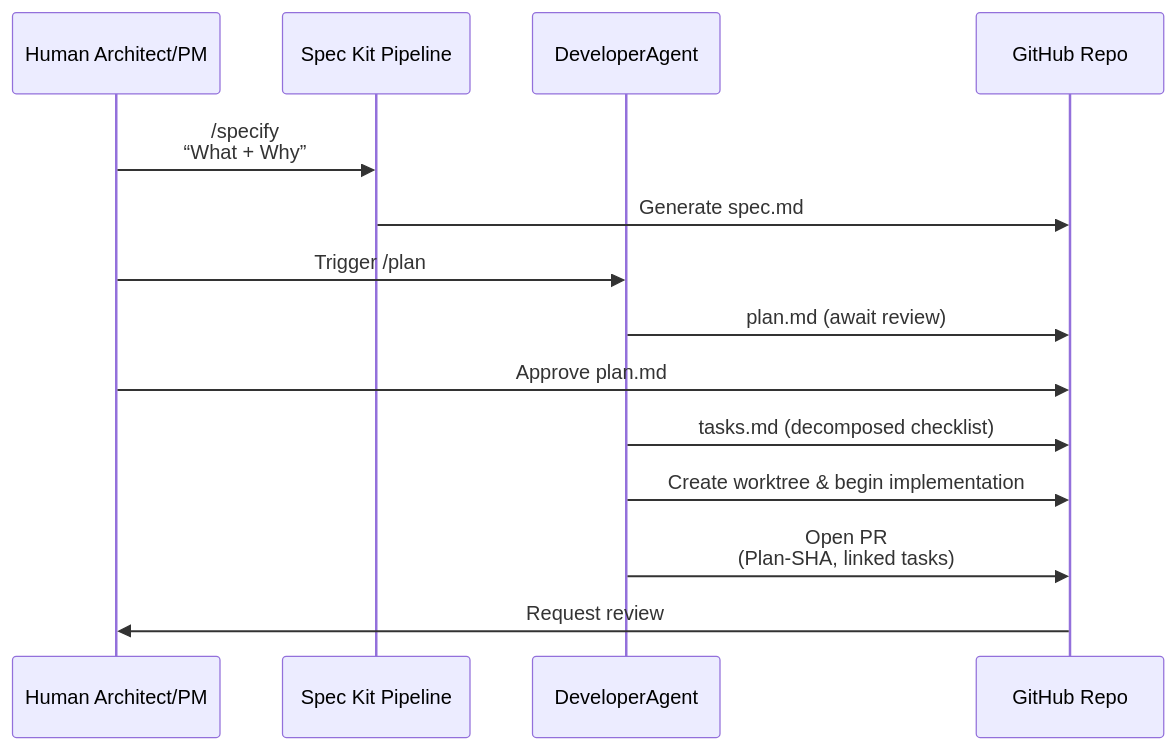
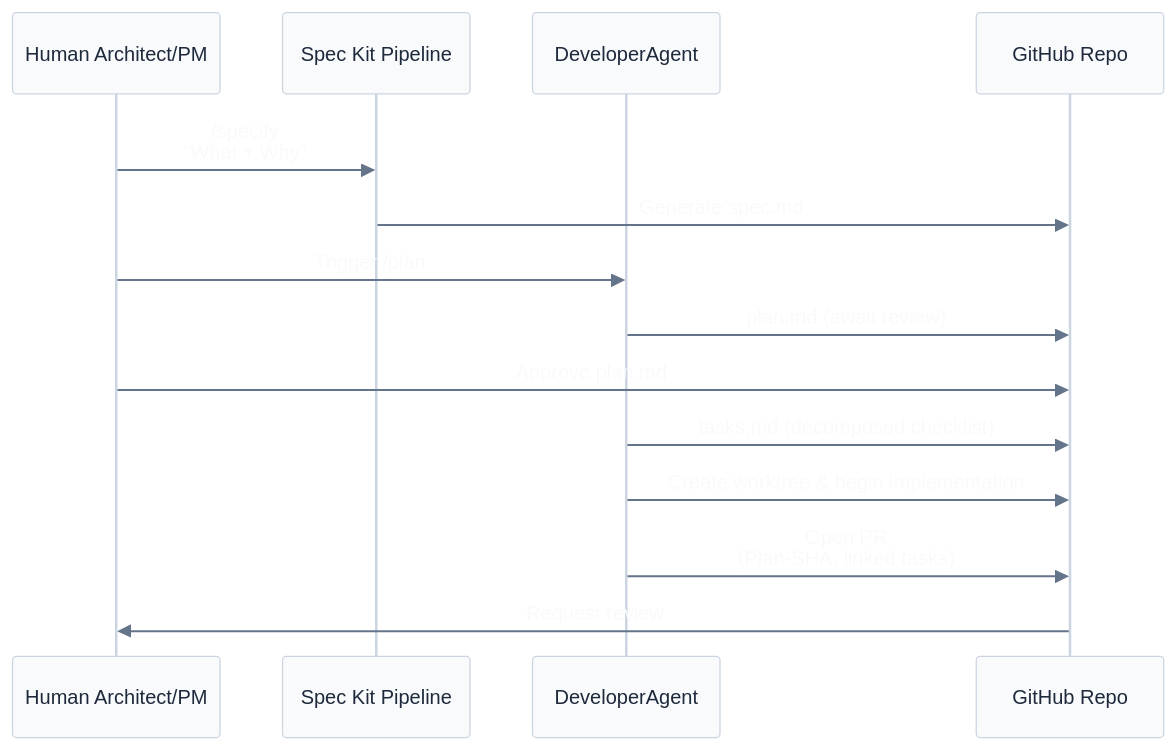
Before and after one commit to donbr/github-agentic-om: the fourth of 8 diagrams in github-native-operating-model.md, drawn with Mermaid. The commit also changed other lines of this file, not shown here.

Commit message:
update operating model mermaid diagrams

````diff
--- a/github-native-operating-model.md
+++ b/github-native-operating-model.md
@@ -252,21 +256,22 @@
 ```mermaid
+%%{init: {"theme":"base", "themeVariables": {"primaryColor":"#f8fafc","primaryTextColor":"#1e293b","primaryBorderColor":"#cbd5e1","signalColor":"#64748b","signalTextColor":"#f8fafc","noteBkgColor":"#f8fafc","noteTextColor":"#1e293b","noteBorderColor":"#cbd5e1"}}}%%
 sequenceDiagram
     participant Human as Human Architect/PM
     participant SpecKit as Spec Kit Pipeline
     participant Agent as DeveloperAgent
     participant GitHub as GitHub Repo
 
-    Human->>SpecKit: /specify<br/>“What + Why”
+    Human->>SpecKit: /specify<br/>"What + Why"
     SpecKit->>GitHub: Generate spec.md
 
     Human->>Agent: Trigger /plan
     Agent->>GitHub: plan.md (await review)
 
     Human->>GitHub: Approve plan.md
 
     Agent->>GitHub: tasks.md (decomposed checklist)
     Agent->>GitHub: Create worktree & begin implementation
 
     Agent->>GitHub: Open PR<br/>(Plan-SHA, linked tasks)
     GitHub->>Human: Request review
 ```
````
